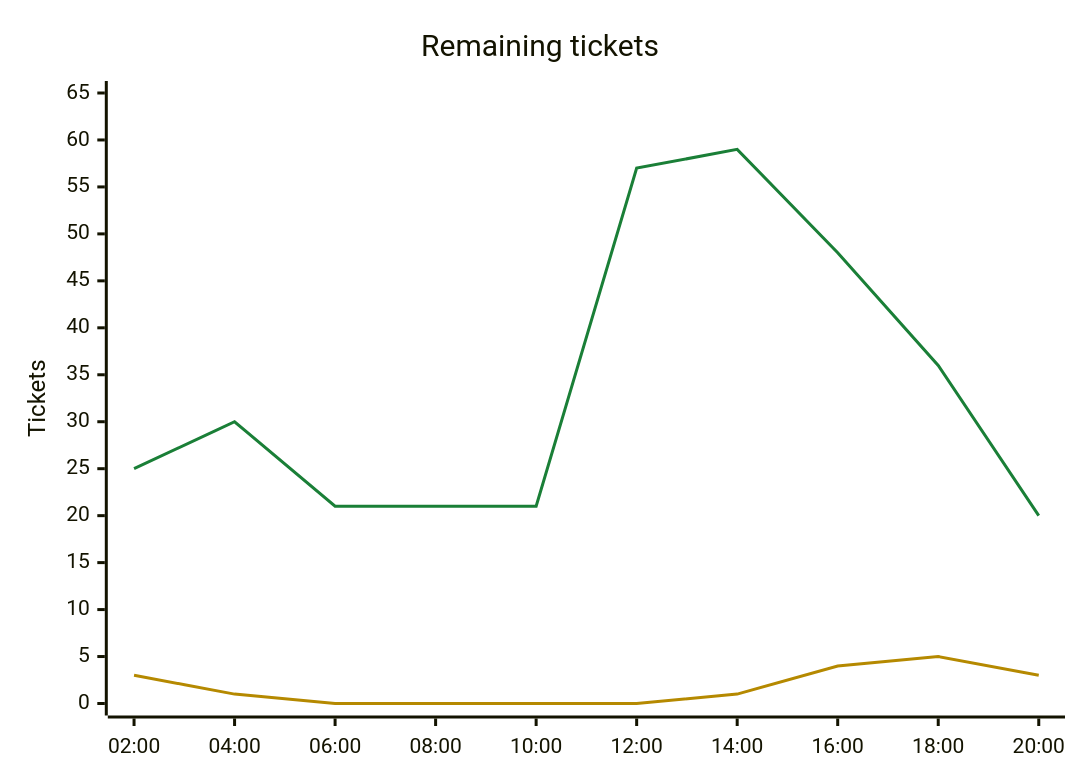
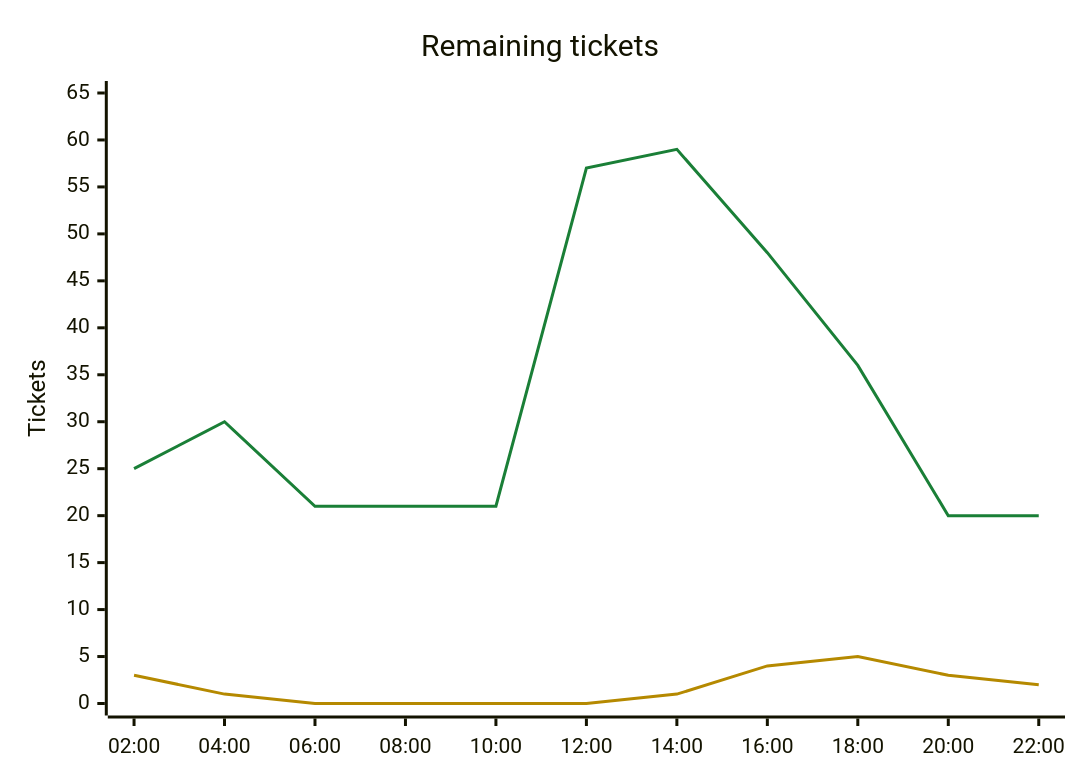
The second of 2 diagrams in csharp/migration/DEPENDENCY_MAP.md (Kenmura/Unciv), drawn with Mermaid before and after one commit. The commit also changed other lines of this file and 1 other file, not shown here.

Commit message:
migration: review T125 pass [Adversarial Review]

````diff
--- a/csharp/migration/DEPENDENCY_MAP.md
+++ b/csharp/migration/DEPENDENCY_MAP.md
@@ -178,9 +176,9 @@
 ```mermaid
 %%{init: {"themeVariables": {"xyChart": {"plotColorPalette": "#1a7f37, #b58900"}}}}%%
 xychart-beta
     title "Remaining tickets"
-    x-axis ["02:00", "04:00", "06:00", "08:00", "10:00", "12:00", "14:00", "16:00", "18:00", "20:00"]
+    x-axis ["02:00", "04:00", "06:00", "08:00", "10:00", "12:00", "14:00", "16:00", "18:00", "20:00", "22:00"]
     y-axis "Tickets" 0 --> 65
-    line [25, 30, 21, 21, 21, 57, 59, 48, 36, 20]
-    line [3, 1, 0, 0, 0, 0, 1, 4, 5, 3]
+    line [25, 30, 21, 21, 21, 57, 59, 48, 36, 20, 20]
+    line [3, 1, 0, 0, 0, 0, 1, 4, 5, 3, 2]
 ```
````
